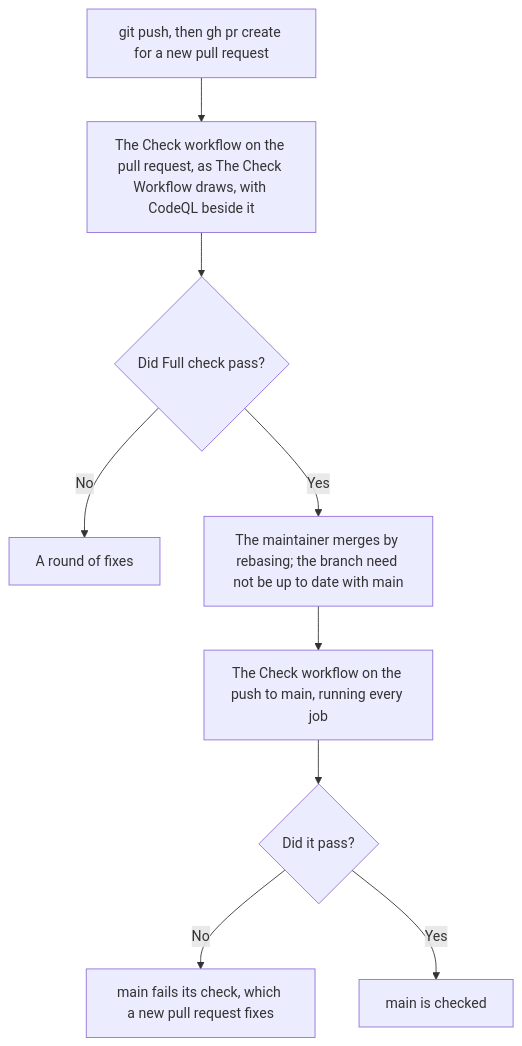
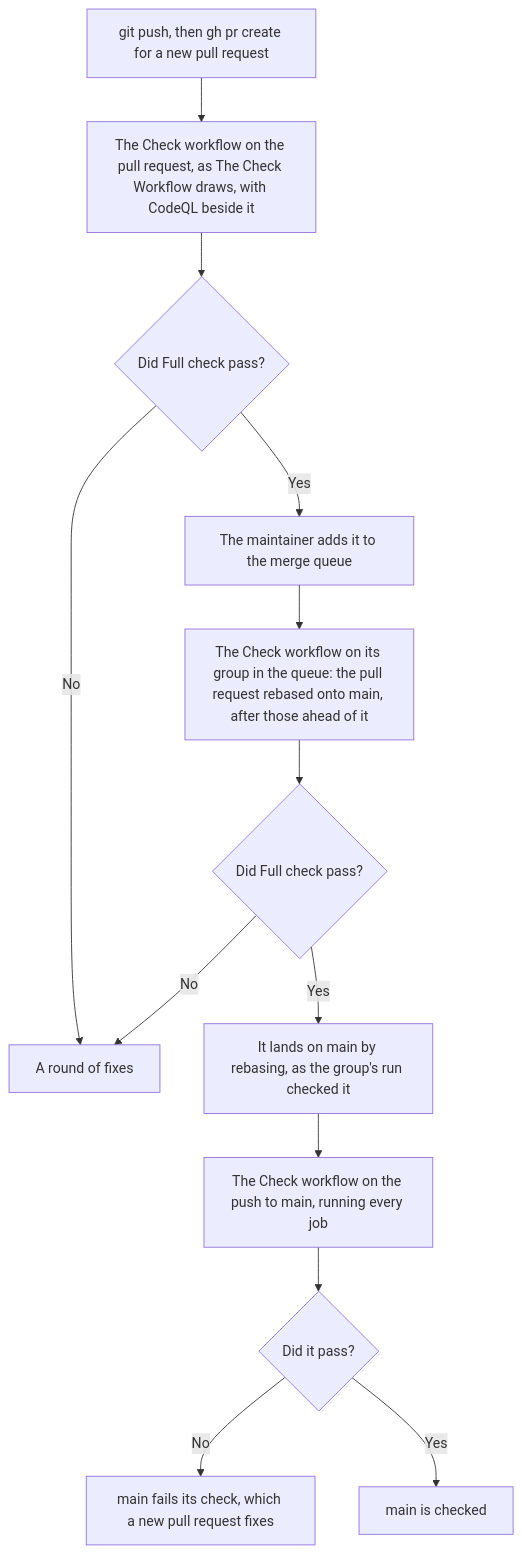
Before and after one commit to ribbitworks/fathom: the fourth of 11 diagrams in docs/design/checks-and-ci.md, drawn with Mermaid. The commit also changed other lines of this file and 6 other files, not shown here.

First line of the commit message:
chore: check each merge on the main it lands on

````diff
--- a/docs/design/checks-and-ci.md
+++ b/docs/design/checks-and-ci.md
@@ -93,11 +93,15 @@
 ```mermaid
 flowchart TD
     Push["git push, then gh pr create for a new pull request"] --> CheckWorkflow["The Check workflow on the pull request, as The Check Workflow draws, with CodeQL beside it"]
     CheckWorkflow --> Required{"Did Full check pass?"}
     Required -- No --> Fix["A round of fixes"]
-    Required -- Yes --> Merge["The maintainer merges by rebasing; the branch need not be up to date with main"]
+    Required -- Yes --> Queue["The maintainer adds it to the merge queue"]
+    Queue --> GroupRun["The Check workflow on its group in the queue: the pull request rebased onto main, after those ahead of it"]
+    GroupRun --> GroupPassed{"Did Full check pass?"}
+    GroupPassed -- No --> Fix
+    GroupPassed -- Yes --> Merge["It lands on main by rebasing, as the group's run checked it"]
     Merge --> MainRun["The Check workflow on the push to main, running every job"]
     MainRun --> MainPassed{"Did it pass?"}
     MainPassed -- No --> MainFailed["main fails its check, which a new pull request fixes"]
     MainPassed -- Yes --> MainChecked["main is checked"]
 ```
````
